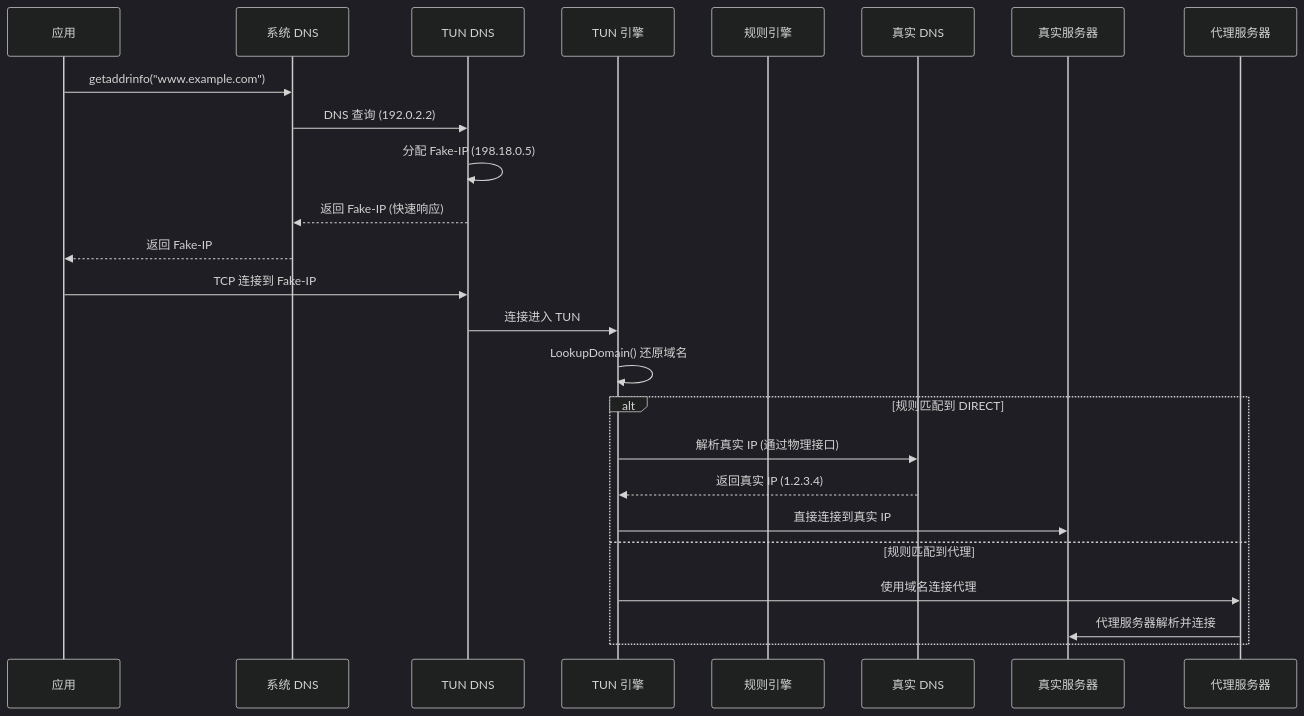
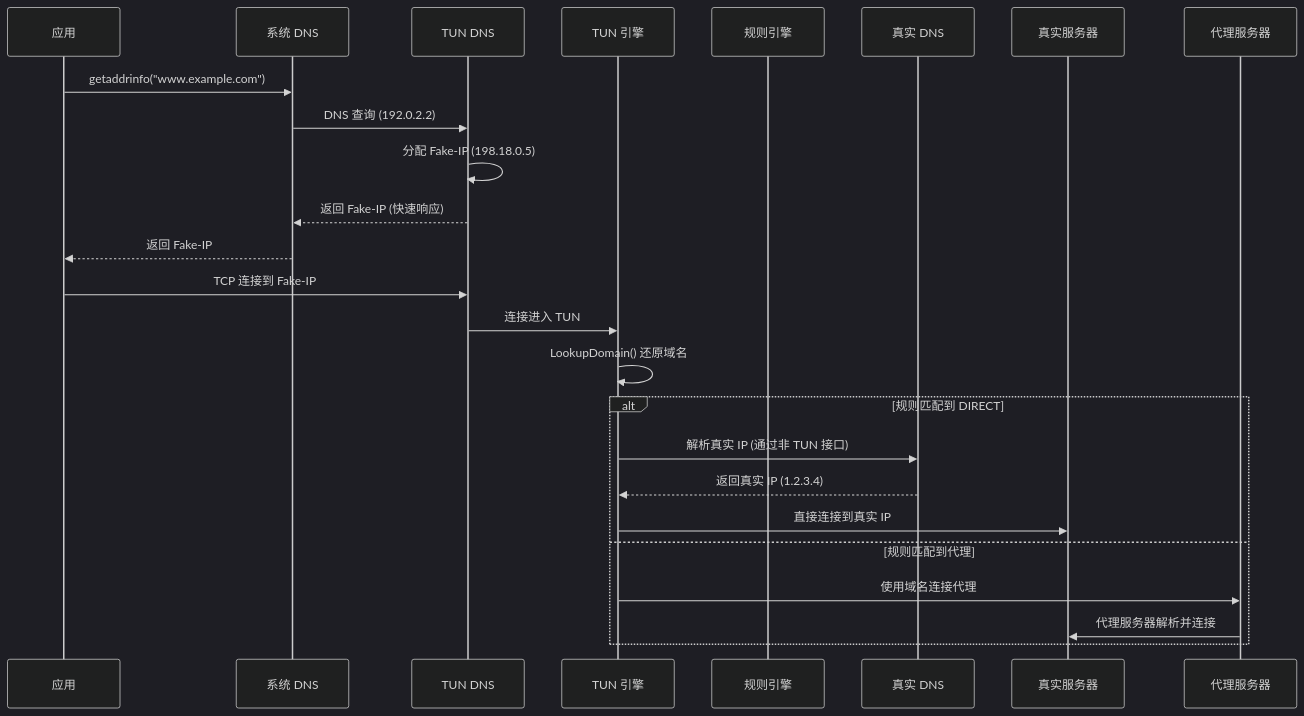
The diagram in docs/plans/tun_dns_sync_resolve_design.md (whipfeng/phaethon), drawn with Mermaid (dark theme) before and after one commit. The commit also changed other lines of this file and 2 other files, not shown here.

First line of the commit message:
docs: standardize terminology to non-TUN interface

````diff
--- a/docs/plans/tun_dns_sync_resolve_design.md
+++ b/docs/plans/tun_dns_sync_resolve_design.md
@@ -40,30 +40,30 @@
 ```mermaid
 sequenceDiagram
     participant App as 应用
     participant SysDNS as 系统 DNS
     participant TUNDNS as TUN DNS
     participant Engine as TUN 引擎
     participant RuleEngine as 规则引擎
     participant RealDNS as 真实 DNS
     participant Server as 真实服务器
     participant Proxy as 代理服务器
 
     App->>SysDNS: getaddrinfo("www.example.com")
     SysDNS->>TUNDNS: DNS 查询 (192.0.2.2)
     TUNDNS->>TUNDNS: 分配 Fake-IP (198.18.0.5)
     TUNDNS-->>SysDNS: 返回 Fake-IP (快速响应)
     SysDNS-->>App: 返回 Fake-IP
     
     App->>TUNDNS: TCP 连接到 Fake-IP
     TUNDNS->>Engine: 连接进入 TUN
     Engine->>Engine: LookupDomain() 还原域名
     
     alt 规则匹配到 DIRECT
-        Engine->>RealDNS: 解析真实 IP (通过物理接口)
+        Engine->>RealDNS: 解析真实 IP (通过非 TUN 接口)
         RealDNS-->>Engine: 返回真实 IP (1.2.3.4)
         Engine->>Server: 直接连接到真实 IP
     else 规则匹配到代理
         Engine->>Proxy: 使用域名连接代理
         Proxy->>Server: 代理服务器解析并连接
     end
 ```
````
